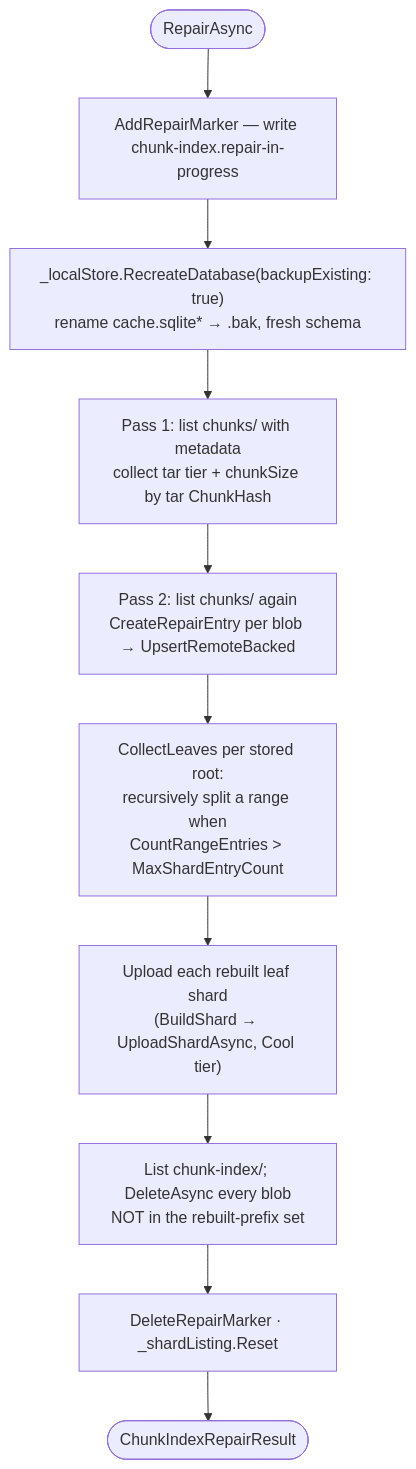
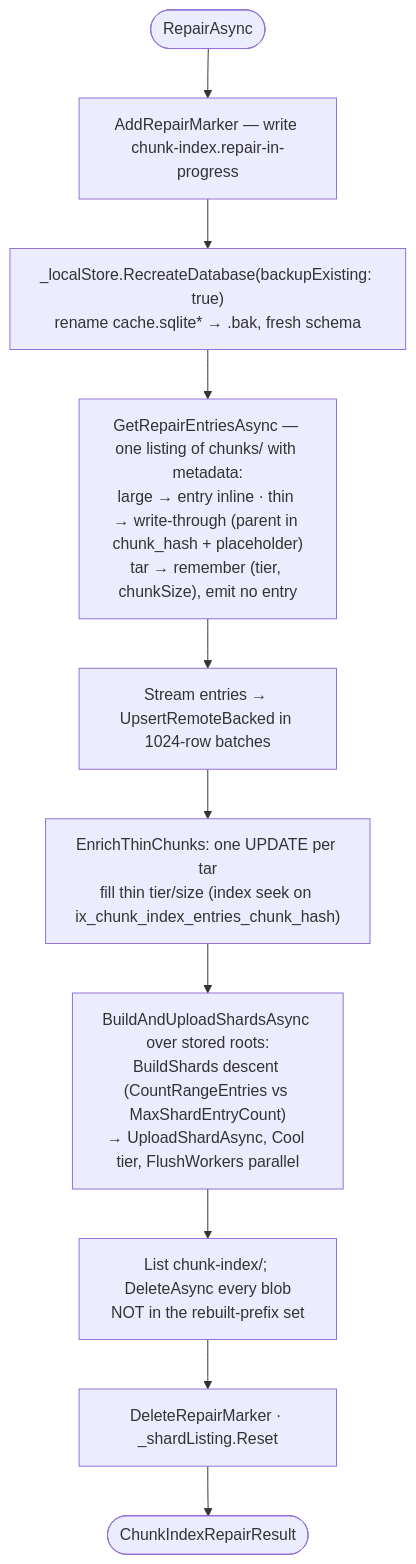
One commit to woutervanranst/Arius7 changed the diagram in docs/design/core/features/repair-chunk-index.md. Above: the diagram before and after it, drawn with Mermaid. The commit also changed other lines of this file and 8 other files, not shown here.

First line of the commit message:
docs: sync chunk-index & encryption docs to the v5→v7 PR; freeze openspec/changes

````diff
--- a/docs/design/core/features/repair-chunk-index.md
+++ b/docs/design/core/features/repair-chunk-index.md
@@ -13,12 +13,12 @@
 ```mermaid
 flowchart TD
     start([RepairAsync]) --> marker[AddRepairMarker — write chunk-index.repair-in-progress]
     marker --> recreate["_localStore.RecreateDatabase(backupExisting: true)<br/>rename cache.sqlite* → .bak, fresh schema"]
-    recreate --> p1["Pass 1: list chunks/ with metadata<br/>collect tar tier + chunkSize by tar ChunkHash"]
-    p1 --> p2["Pass 2: list chunks/ again<br/>CreateRepairEntry per blob → UpsertRemoteBacked"]
-    p2 --> layout["CollectLeaves per stored root:<br/>recursively split a range when<br/>CountRangeEntries > MaxShardEntryCount"]
-    layout --> upload["Upload each rebuilt leaf shard<br/>(BuildShard → UploadShardAsync, Cool tier)"]
-    upload --> delete["List chunk-index/; DeleteAsync every blob<br/>NOT in the rebuilt-prefix set"]
+    recreate --> list["GetRepairEntriesAsync — one listing of chunks/ with metadata:<br/>large → entry inline · thin → write-through (parent in chunk_hash + placeholder)<br/>tar → remember (tier, chunkSize), emit no entry"]
+    list --> stage["Stream entries → UpsertRemoteBacked in 1024-row batches"]
+    stage --> enrich["EnrichThinChunks: one UPDATE per tar<br/>fill thin tier/size (index seek on ix_chunk_index_entries_chunk_hash)"]
+    enrich --> build["BuildAndUploadShardsAsync over stored roots:<br/>BuildShards descent (CountRangeEntries vs MaxShardEntryCount)<br/>→ UploadShardAsync, Cool tier, FlushWorkers parallel"]
+    build --> delete["List chunk-index/; DeleteAsync every blob<br/>NOT in the rebuilt-prefix set"]
     delete --> clear[DeleteRepairMarker · _shardListing.Reset]
     clear --> done([ChunkIndexRepairResult])
 ```
````
